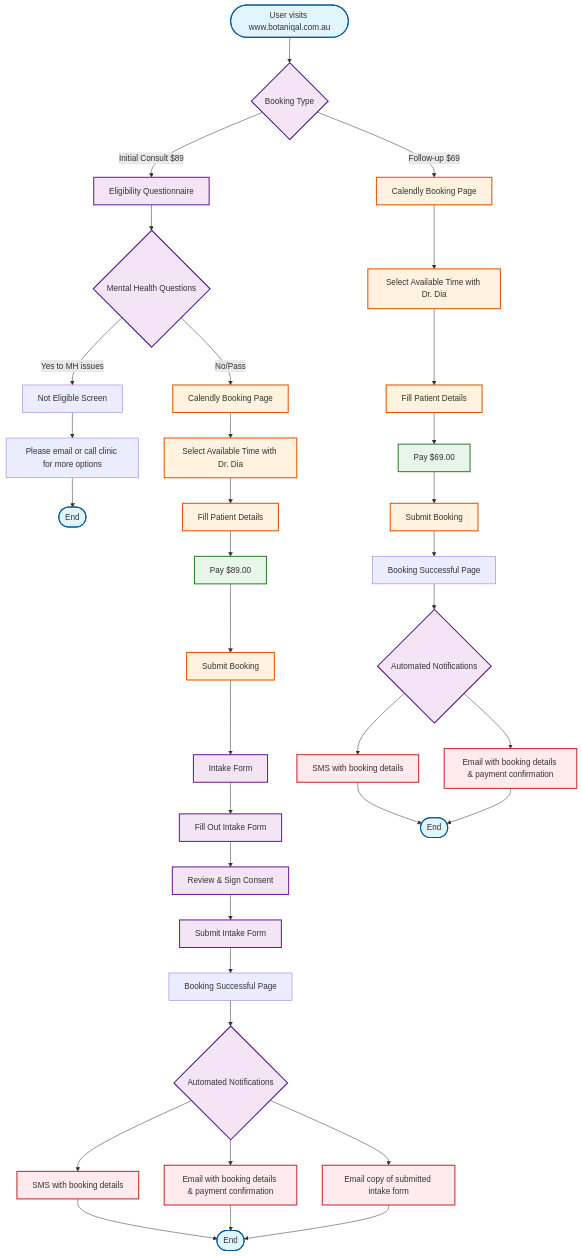
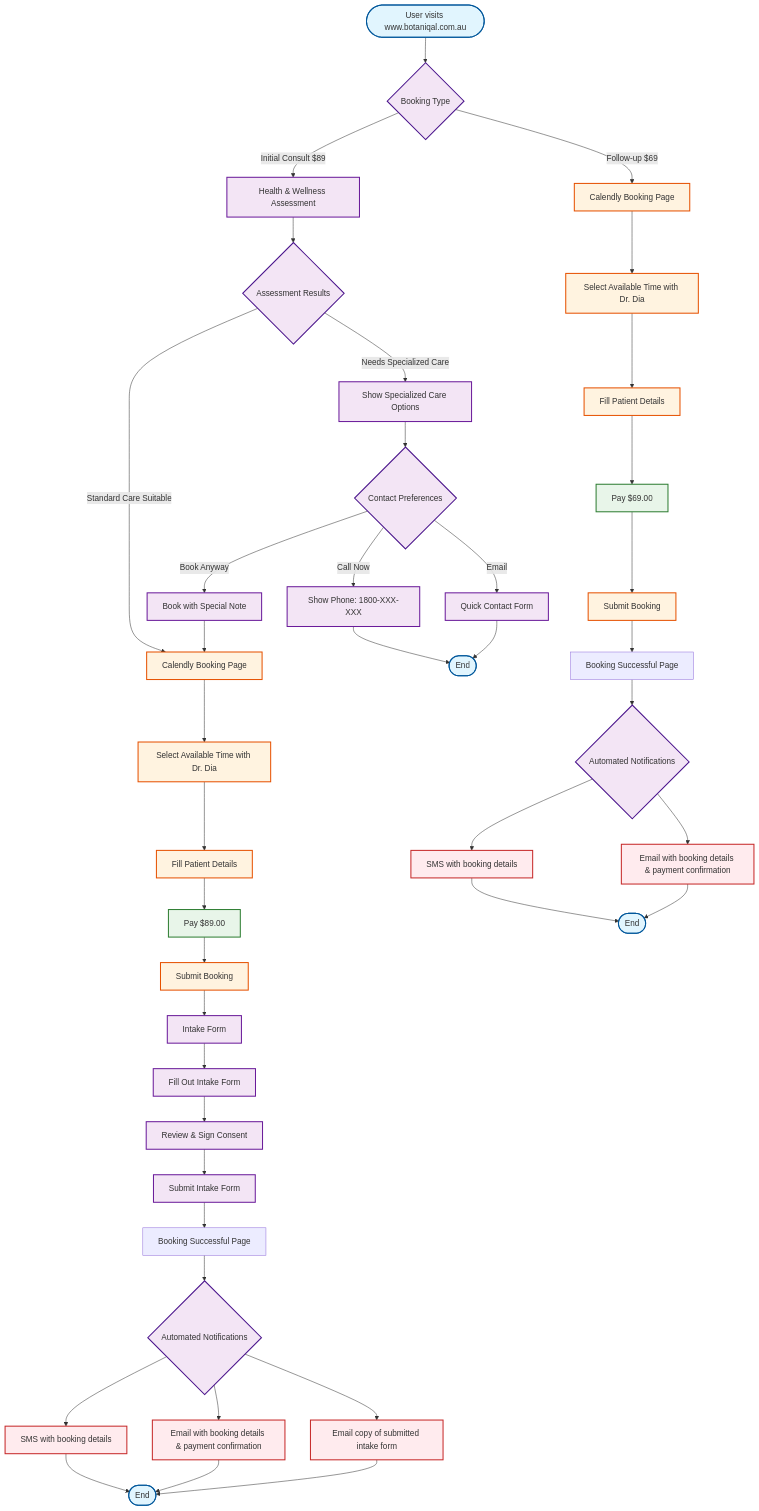
Before and after one commit to adaptationio/botanical-updates: the diagram in flowcharts/booking/current/booking-flow.md, drawn with Mermaid. The commit also changed other lines of this file and 2 other files, not shown here.

Commit message:
Transform eligibility screening to supportive health assessment
Current Flow Updates:
- Replace mental health questions with Health & Wellness Assessment
- Add multiple contact options instead of rejection
- Allow booking with special note for complex cases
- Provide phone (1800-XXX-XXX) and email options

Improved Flow Updates:
- Create personalized health profiles instead of screening
- Offer multiple care pathways (integrated, telehealth, coordinator)
- Assign care coordinators for complex needs (24hr contact)
- No patients turned away - everyone finds suitable pathway

Analysis Updates:
- Document shift from restrictive to supportive approach
- Emphasize 100% patient accommodation goal
- Add care coordinator system to implementation phases

````diff
--- a/flowcharts/booking/current/booking-flow.md
+++ b/flowcharts/booking/current/booking-flow.md
@@ -6,70 +6,76 @@
 ```mermaid
 flowchart TD
     Start([User visits www.botaniqal.com.au]) --> Choice{Booking Type}
     
     %% Initial Consultation Path
-    Choice -->|Initial Consult $89| Eligibility[Eligibility Questionnaire]
+    Choice -->|Initial Consult $89| Eligibility[Health & Wellness Assessment]
     
-    Eligibility --> MentalHealth{Mental Health Questions}
-    MentalHealth -->|Yes to MH issues| NotEligible[Not Eligible Screen]
-    MentalHealth -->|No/Pass| Calendar1[Calendly Booking Page]
+    Eligibility --> HealthCheck{Assessment Results}
+    HealthCheck -->|Needs Specialized Care| SpecializedOptions[Show Specialized Care Options]
+    HealthCheck -->|Standard Care Suitable| Calendar1[Calendly Booking Page]
     
-    NotEligible --> Contact[Please email or call clinic for more options]
-    Contact --> End1([End])
+    SpecializedOptions --> ContactOptions{Contact Preferences}
+    ContactOptions -->|Call Now| PhoneInfo[Show Phone: 1800-XXX-XXX]
+    ContactOptions -->|Email| EmailForm[Quick Contact Form]
+    ContactOptions -->|Book Anyway| SpecialNote[Book with Special Note]
+    
+    PhoneInfo --> End1([End])
+    EmailForm --> End1([End])
+    SpecialNote --> Calendar1
     
     %% Follow-up Path
     Choice -->|Follow-up $69| Calendar2[Calendly Booking Page]
     
     %% Booking Process for Initial
     Calendar1 --> SelectTime1[Select Available Time with Dr. Dia]
     SelectTime1 --> Details1[Fill Patient Details]
     Details1 --> Payment1[Pay $89.00]
     Payment1 --> Submit1[Submit Booking]
     Submit1 --> IntakeForm[Intake Form]
     
     IntakeForm --> FillIntake[Fill Out Intake Form]
     FillIntake --> Consent[Review & Sign Consent]
     Consent --> SubmitIntake[Submit Intake Form]
     
     %% Booking Process for Follow-up
     Calendar2 --> SelectTime2[Select Available Time with Dr. Dia]
     SelectTime2 --> Details2[Fill Patient Details]
     Details2 --> Payment2[Pay $69.00]
     Payment2 --> Submit2[Submit Booking]
     
     %% Success Pages
     SubmitIntake --> Success1[Booking Successful Page]
     Submit2 --> Success2[Booking Successful Page]
     
     %% Notifications
     Success1 --> Notifications1{Automated Notifications}
     Success2 --> Notifications2{Automated Notifications}
     
     Notifications1 --> SMS1[SMS with booking details]
     Notifications1 --> Email1[Email with booking details & payment confirmation]
     Notifications1 --> IntakeCopy[Email copy of submitted intake form]
     
     Notifications2 --> SMS2[SMS with booking details]
     Notifications2 --> Email2[Email with booking details & payment confirmation]
     
     SMS1 --> End2([End])
     Email1 --> End2
     IntakeCopy --> End2
     SMS2 --> End3([End])
     Email2 --> End3
     
     %% Styling
     classDef startEnd fill:#e1f5fe,stroke:#01579b,stroke-width:2px
     classDef process fill:#fff3e0,stroke:#e65100,stroke-width:2px
     classDef decision fill:#f3e5f5,stroke:#4a148c,stroke-width:2px
     classDef payment fill:#e8f5e9,stroke:#2e7d32,stroke-width:2px
     classDef notification fill:#ffebee,stroke:#c62828,stroke-width:2px
     classDef form fill:#f3e5f5,stroke:#6a1b9a,stroke-width:2px
     
     class Start,End1,End2,End3 startEnd
-    class Choice,MentalHealth,Notifications1,Notifications2 decision
+    class Choice,HealthCheck,ContactOptions,Notifications1,Notifications2 decision
     class Calendar1,Calendar2,SelectTime1,SelectTime2,Details1,Details2,Submit1,Submit2 process
     class Payment1,Payment2 payment
     class SMS1,SMS2,Email1,Email2,IntakeCopy notification
-    class Eligibility,IntakeForm,FillIntake,Consent,SubmitIntake form
+    class Eligibility,IntakeForm,FillIntake,Consent,SubmitIntake,SpecializedOptions,PhoneInfo,EmailForm,SpecialNote form
 ```
````
